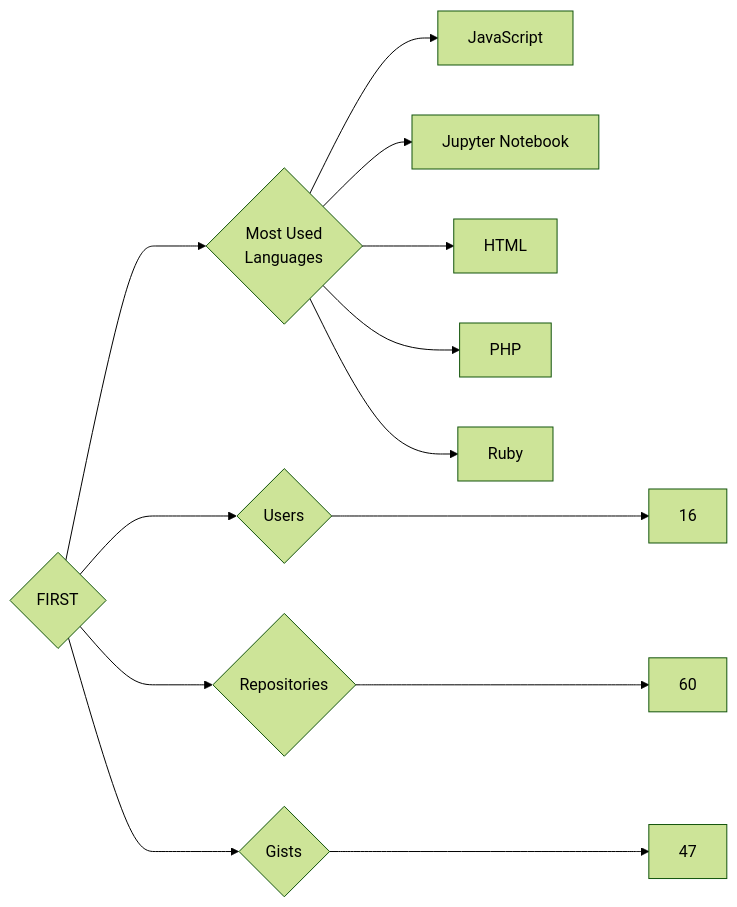
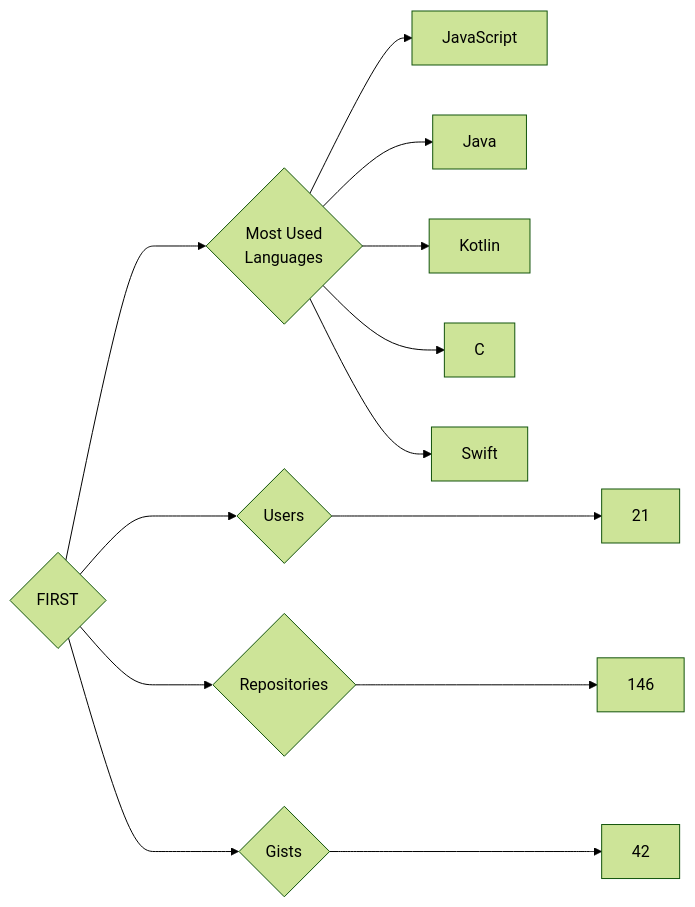
One commit to trickest/insiders changed the diagram in targets/FIRST/README.md. Above: the diagram before and after it, drawn with Mermaid (forest theme). The commit also changed 837 other files, not shown here.

````diff
--- a/targets/FIRST/README.md
+++ b/targets/FIRST/README.md
@@ -3,13 +3,13 @@
 ```mermaid
 graph LR
 COMPANY_NAME{FIRST}
-COMPANY_NAME ---> U{Users} ---> UN[16]
-COMPANY_NAME ---> R{Repositories} ---> RN[60]
-COMPANY_NAME ---> G{Gists} ---> GN[47]
+COMPANY_NAME ---> U{Users} ---> UN[21]
+COMPANY_NAME ---> R{Repositories} ---> RN[146]
+COMPANY_NAME ---> G{Gists} ---> GN[42]
 COMPANY_NAME ---> ML{Most Used<br>Languages}
 ML --> JavaScript[JavaScript]
-ML --> Jupyter_Notebook[Jupyter Notebook]
-ML --> HTML[HTML]
-ML --> PHP[PHP]
-ML --> Ruby[Ruby]
+ML --> Java[Java]
+ML --> Kotlin[Kotlin]
+ML --> C[C]
+ML --> Swift[Swift]
 ```
````
